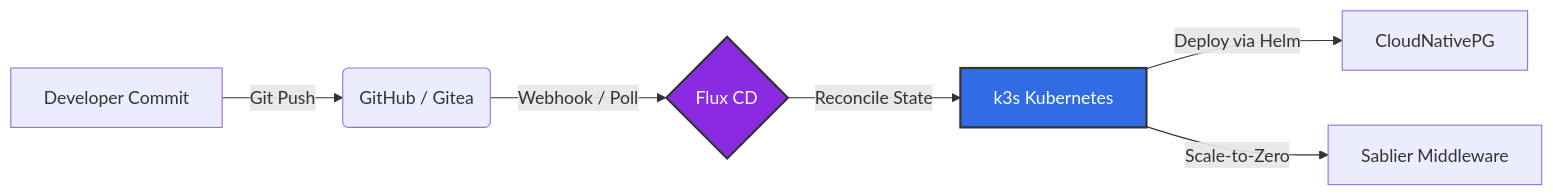
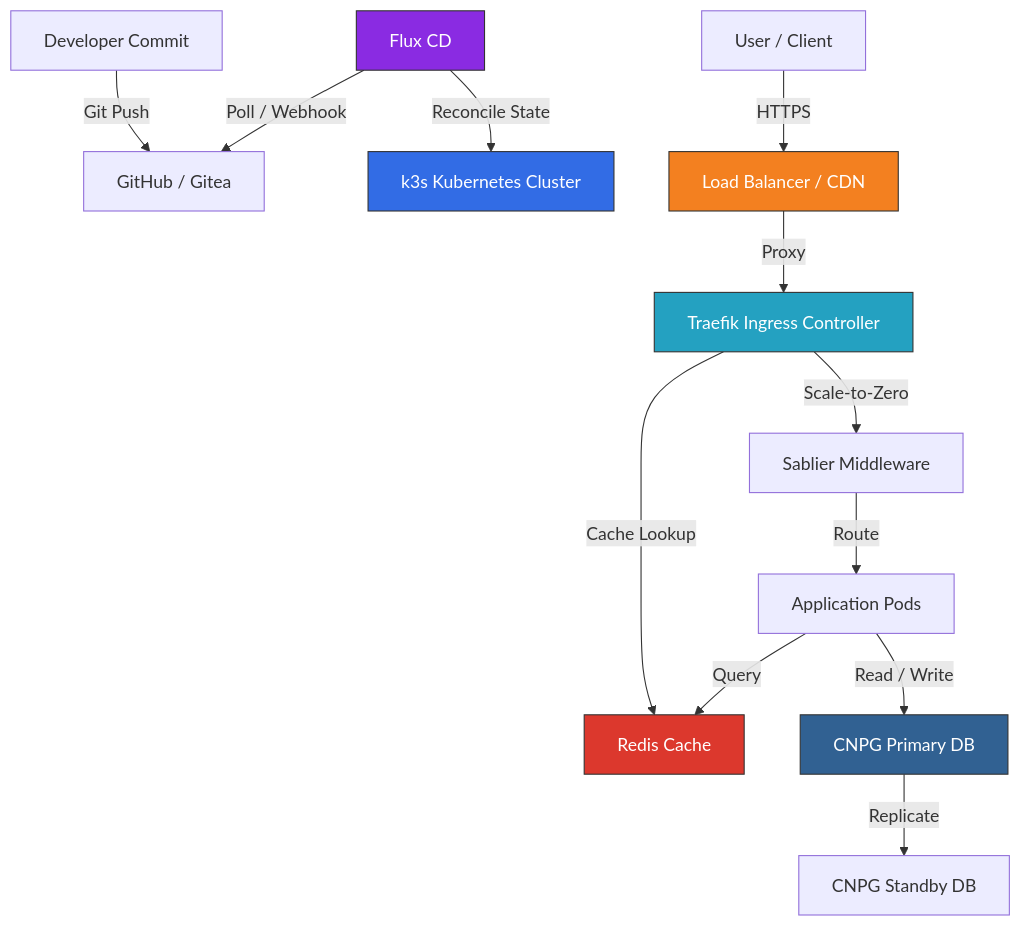
Before and after one commit to omerharuncetin/omerharuncetin: the diagram in README.md, drawn with Mermaid. The commit also changed other lines of this file, not shown here.

````diff
--- a/README.md
+++ b/README.md
@@ -34,10 +34,30 @@
 ```mermaid
-graph LR
-    A[Developer Commit] -->|Git Push| B(GitHub / Gitea)
-    B -->|Webhook / Poll| C{Flux CD}
-    C -->|Reconcile State| D[k3s Kubernetes]
-    D -->|Deploy via Helm| E[CloudNativePG]
-    D -->|Scale-to-Zero| F[Sablier Middleware]
-    style C fill:#8A2BE2,stroke:#333,stroke-width:2px,color:#fff
-    style D fill:#326ce5,stroke:#333,stroke-width:2px,color:#fff
+graph TD
+    %% GitOps Flow
+    Dev["Developer Commit"] -->|Git Push| Git["GitHub / Gitea"]
+    Flux["Flux CD"] -->|Poll / Webhook| Git
+    Flux -->|Reconcile State| Cluster["k3s Kubernetes Cluster"]
+
+    %% Traffic Flow
+    User["User / Client"] -->|HTTPS| LB["Load Balancer / CDN"]
+    LB -->|Proxy| Ingress["Traefik Ingress Controller"]
+    
+    %% Cache, Scaler & Apps
+    Ingress -->|Cache Lookup| Cache["Redis Cache"]
+    Ingress -->|Scale-to-Zero| Sablier["Sablier Middleware"]
+    
+    Sablier -->|Route| Pods["Application Pods"]
+    Pods -->|Query| Cache
+    
+    %% Databases
+    Pods -->|Read / Write| PrimaryDB["CNPG Primary DB"]
+    PrimaryDB -->|Replicate| StandbyDB["CNPG Standby DB"]
+
+    %% Styling
+    style Flux fill:#8A2BE2,stroke:#333,stroke-width:1px,color:#fff
+    style Cluster fill:#326ce5,stroke:#333,stroke-width:1px,color:#fff
+    style LB fill:#F38020,stroke:#333,stroke-width:1px,color:#fff
+    style Ingress fill:#24A1C1,stroke:#333,stroke-width:1px,color:#fff
+    style Cache fill:#DC382D,stroke:#333,stroke-width:1px,color:#fff
+    style PrimaryDB fill:#316192,stroke:#333,stroke-width:1px,color:#fff
 ```
````
